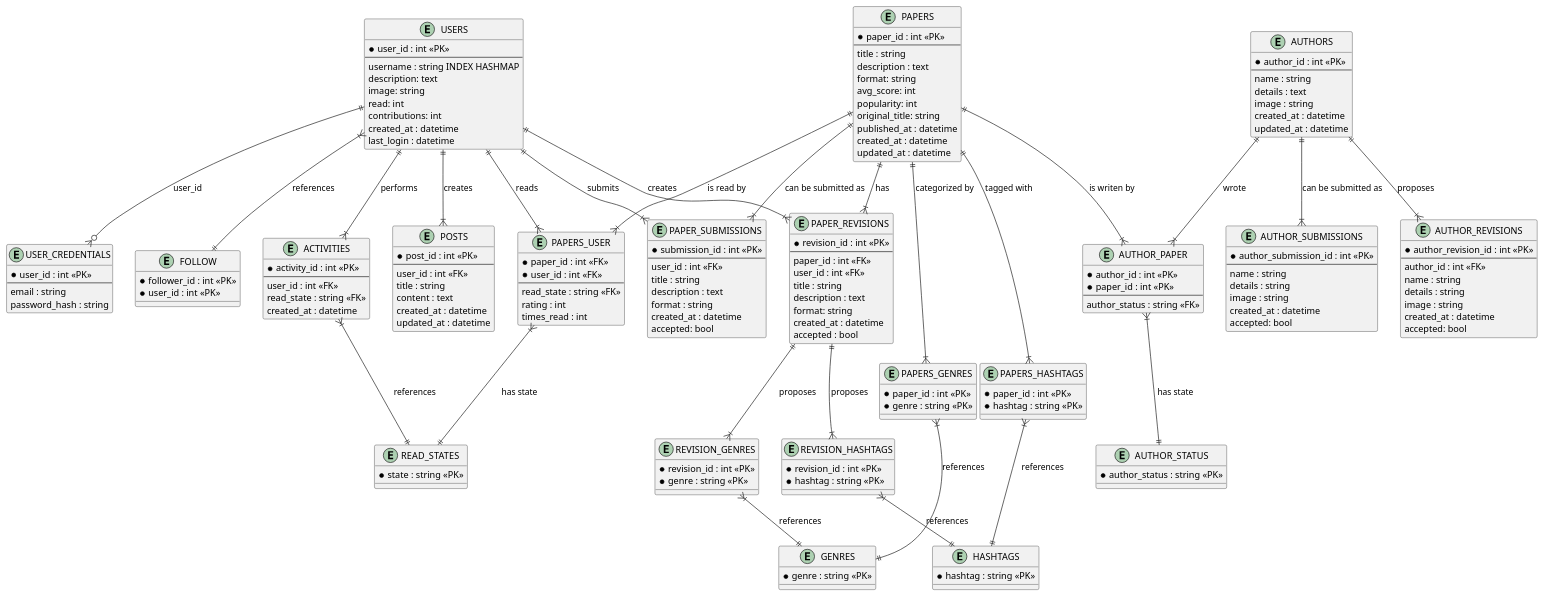
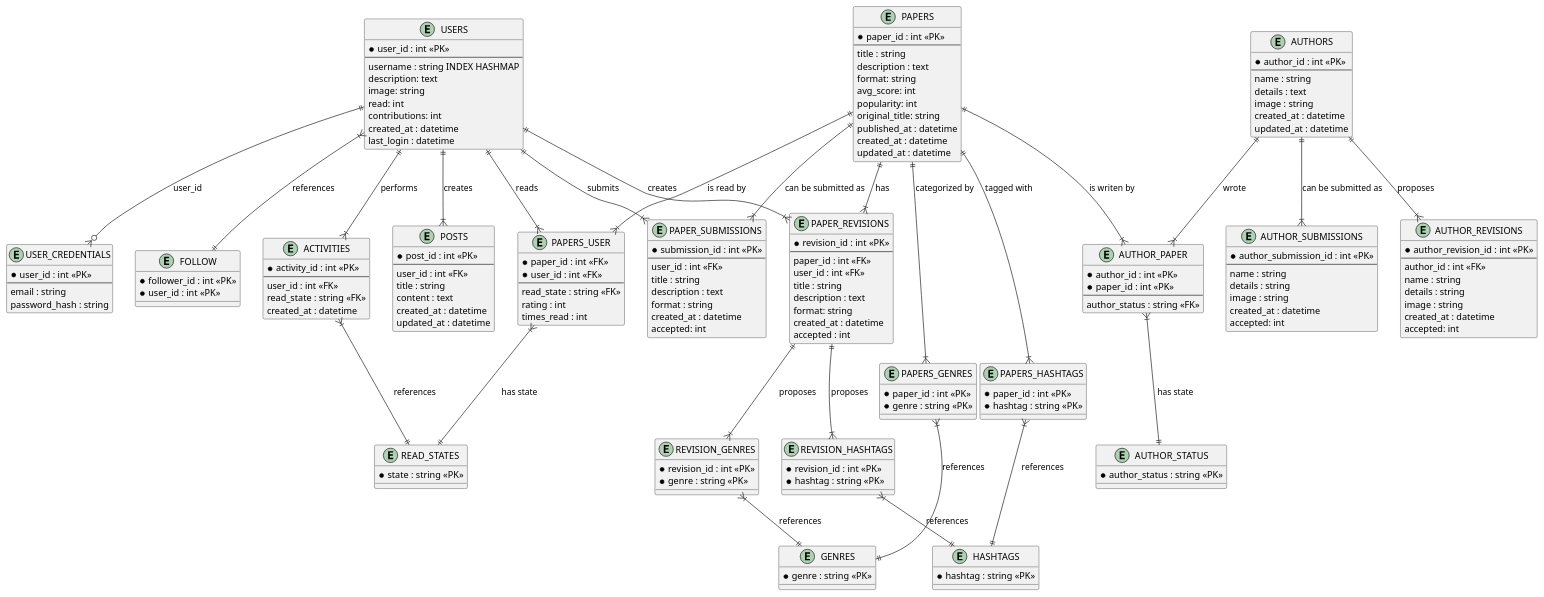
The diagram in uml/entities.puml (pingponghero12/ScienceArch), drawn with PlantUML before and after one commit. The commit also changed 3 other files, not shown here.

Commit message:
README update, UML update, build.sh removed

```diff
--- a/uml/entities.puml
+++ b/uml/entities.puml
@@ -96,7 +96,7 @@
   description : text
   format : string
   created_at : datetime
-  accepted: bool
+  accepted: int
 }
 
 entity "PAPER_REVISIONS" {
@@ -108,7 +108,7 @@
   description : text
   format: string
   created_at : datetime
-  accepted : bool
+  accepted : int
 }
 
 ' No ID NEEDED
@@ -129,7 +129,7 @@
   details : string
   image : string
   created_at : datetime
-  accepted: bool
+  accepted: int
 }
 
 entity "AUTHOR_PAPER" {
@@ -151,7 +151,7 @@
   details : string
   image : string
   created_at : datetime
-  accepted: bool
+  accepted: int
 }
 
 entity "READ_STATES" {
```
